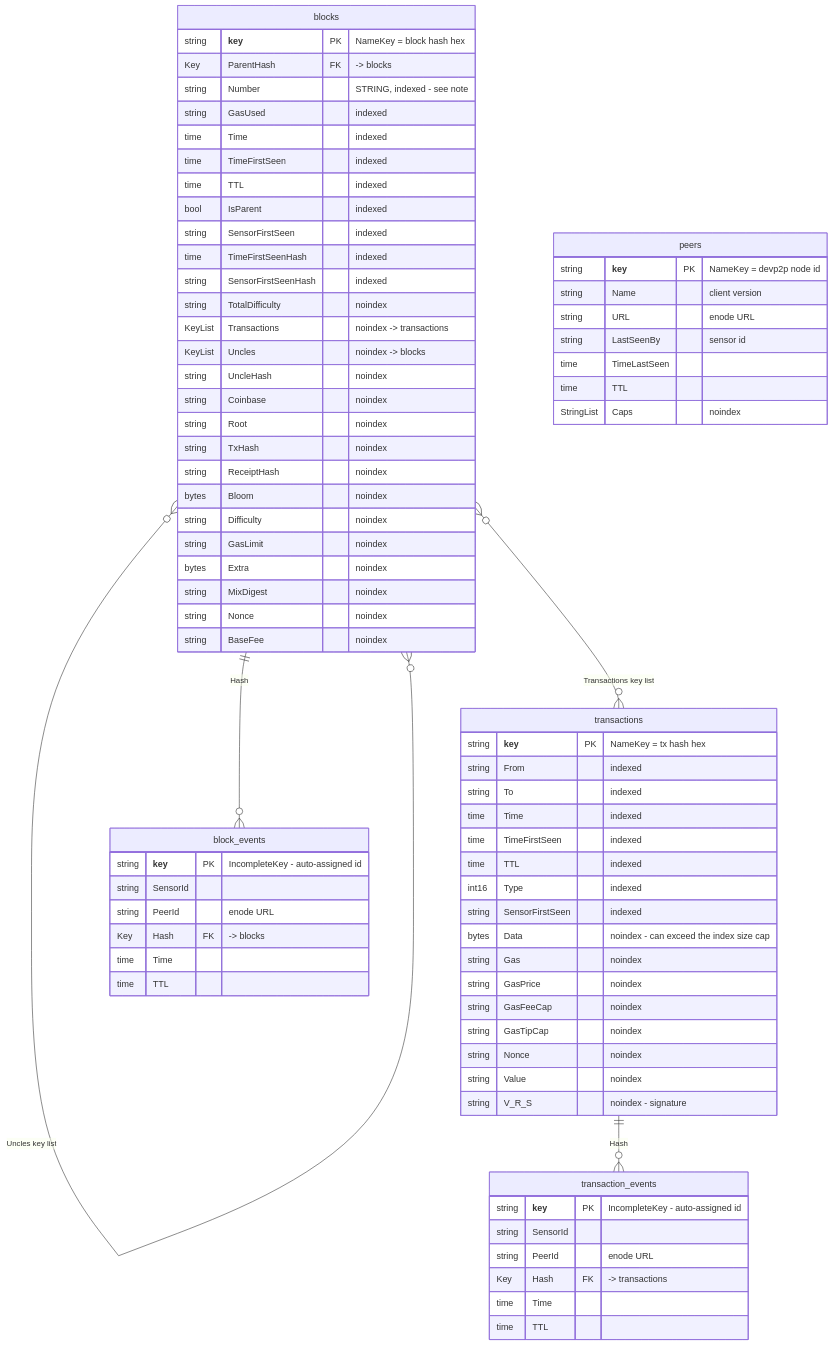
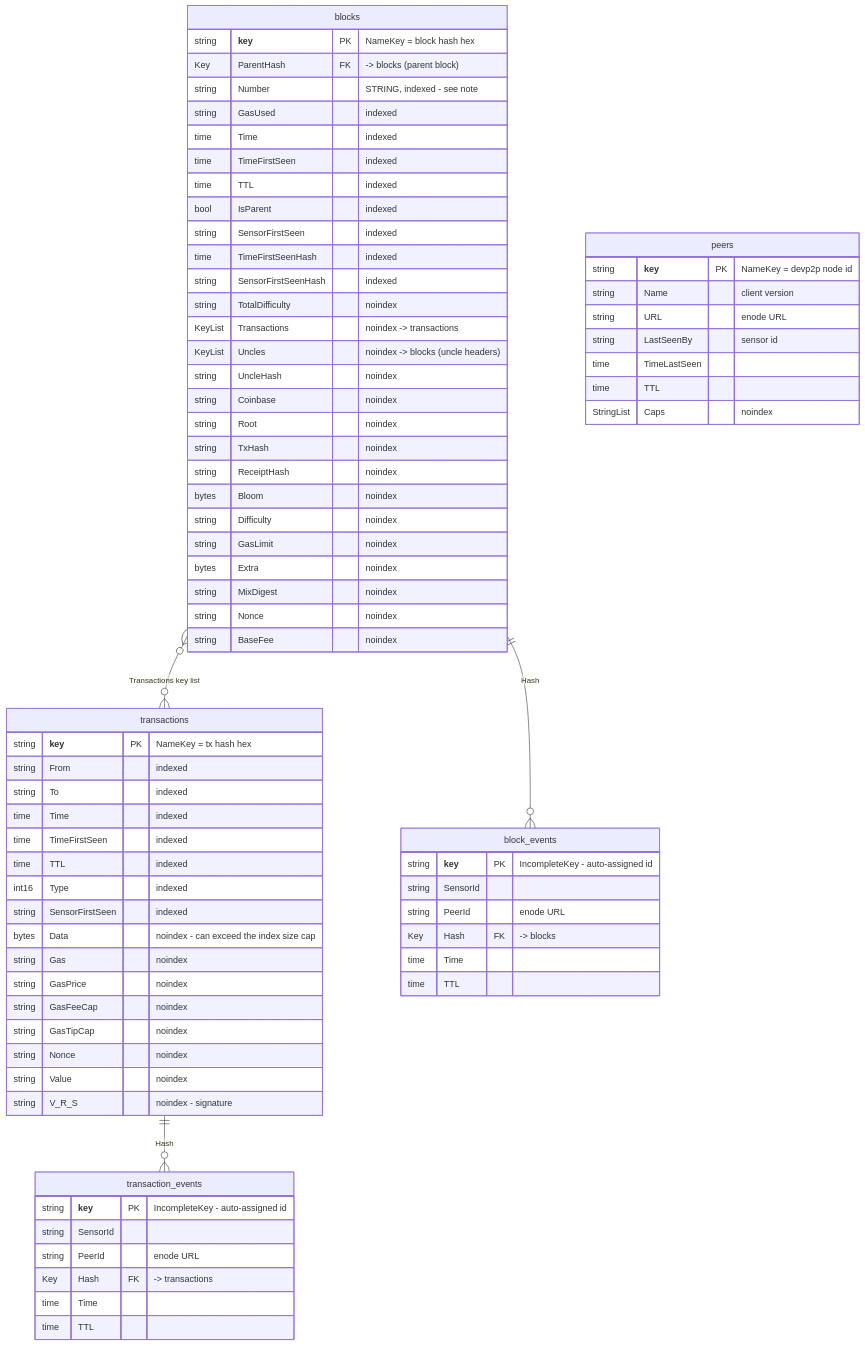
Before and after one commit to 0xPolygon/polygon-cli: the diagram in cmd/p2p/sensor/schema-datastore.md, drawn with Mermaid. The commit also changed other lines of this file and 8 other files, not shown here.

````diff
--- a/cmd/p2p/sensor/schema-datastore.md
+++ b/cmd/p2p/sensor/schema-datastore.md
@@ -22,7 +22,7 @@
 erDiagram
     blocks {
         string __key__ PK "NameKey = block hash hex"
-        Key ParentHash FK "-> blocks"
+        Key ParentHash FK "-> blocks (parent block)"
         string Number "STRING, indexed - see note"
         string GasUsed "indexed"
         time Time "indexed"
@@ -34,7 +34,7 @@
         string SensorFirstSeenHash "indexed"
         string TotalDifficulty "noindex"
         KeyList Transactions "noindex -> transactions"
-        KeyList Uncles "noindex -> blocks"
+        KeyList Uncles "noindex -> blocks (uncle headers)"
         string UncleHash "noindex"
         string Coinbase "noindex"
         string Root "noindex"
@@ -98,7 +98,5 @@
 
     blocks             ||--o{ block_events : "Hash"
     transactions       ||--o{ transaction_events : "Hash"
-    blocks             ||--o{ blocks : "ParentHash"
     blocks             }o--o{ transactions : "Transactions key list"
-    blocks             }o--o{ blocks : "Uncles key list"
 ```
````
